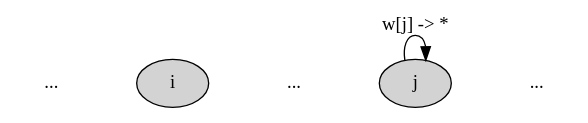
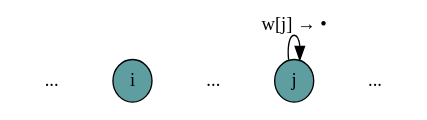
One commit to nltk/nltk_book changed the diagram in images/chart_td_match2.dot. Above: the diagram before and after it, drawn with Graphviz. The commit also changed 22 other files, not shown here.

```diff
--- a/images/chart_td_match2.dot
+++ b/images/chart_td_match2.dot
@@ -1,25 +1,27 @@
 digraph x {
    rankdir=LR;
+   ranksep=0.25;
    
    /* The nodes */
    {
-       node [style=filled, color=black, fillcolor=lightgray];
+       node [style=filled,height=0.1,width=0.1,fillcolor=cadetblue];
        1 [label="i"];
        2 [label="j"];
    }
 
    /* The sentence */
    {
        edge [style=invis, weight=100];
        node [shape=plaintext];
        dots1->1->dots2->2->dots3;
        dots1 [label="..."];
        dots2 [label="..."];
        dots3 [label="..."];
    }
    
    /* Edges */
    {
-       2->2 [label="w[j] -> *"];
+       edge [fontname=LucidaGrande];
+       2->2 [label="w[j] &rarr; &bull;"];
    }
 }
```
